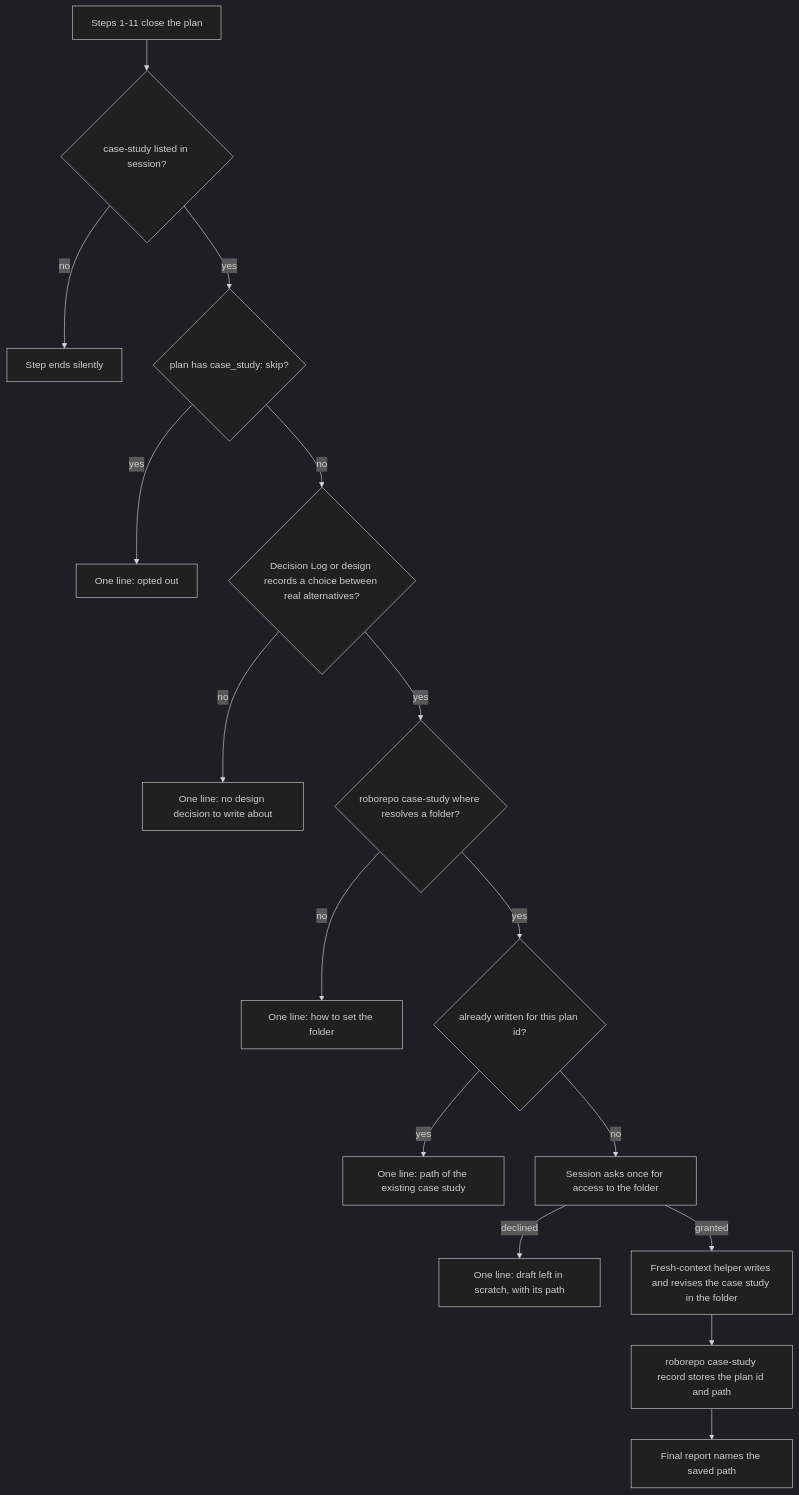
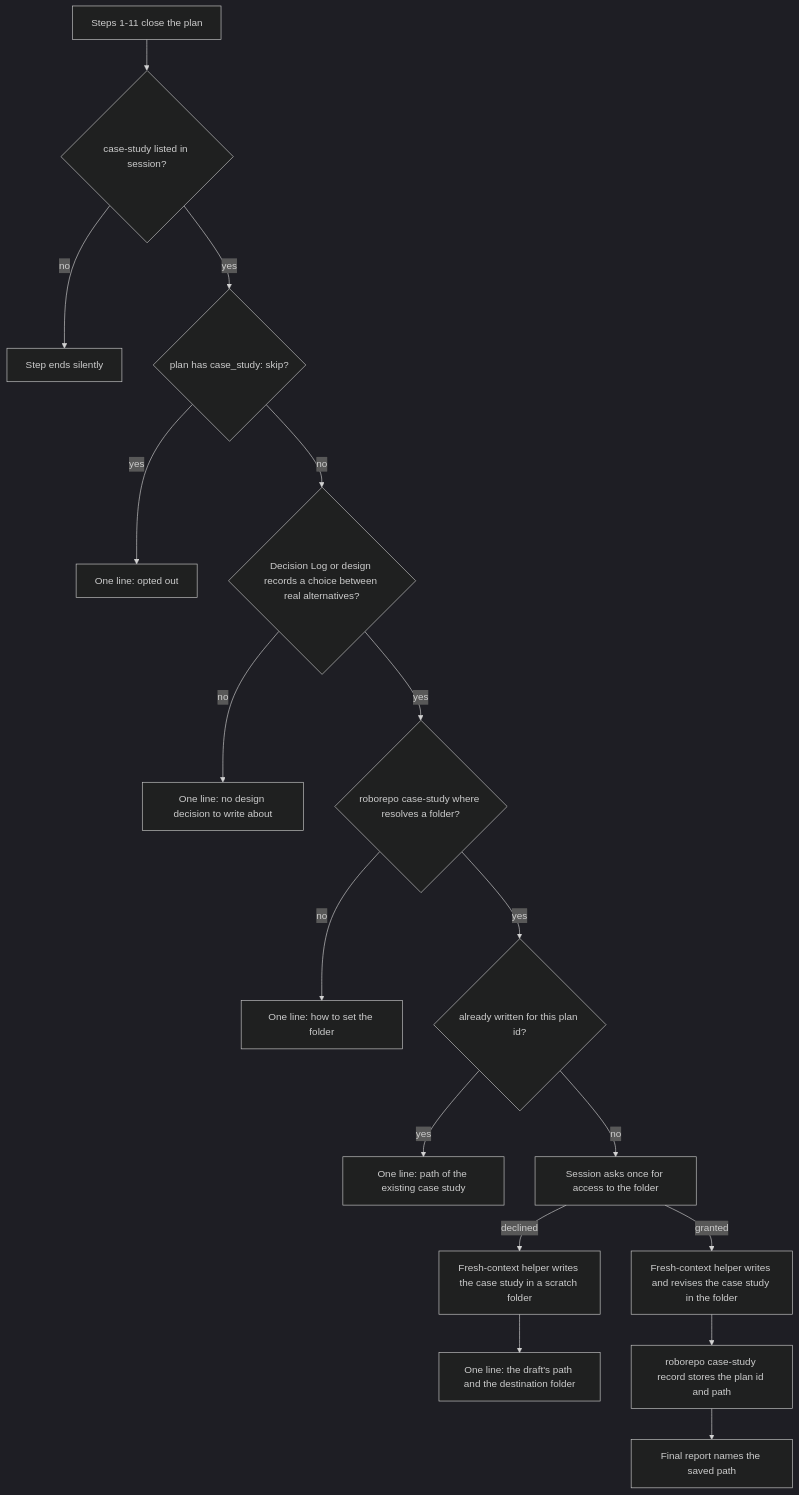
Before and after one commit to kirinmurphy/roborepo-alpha: the diagram in plans/backlog/plans-close-case-study.md, drawn with Mermaid (dark theme). The commit also changed other lines of this file, not shown here.

Commit message:
Update plan plans-close-case-study

````diff
--- a/plans/backlog/plans-close-case-study.md
+++ b/plans/backlog/plans-close-case-study.md
@@ -69,18 +69,19 @@
 ```mermaid
 flowchart TD
   A[Steps 1-11 close the plan] --> B{case-study listed in session?}
   B -- no --> Z[Step ends silently]
   B -- yes --> C{plan has case_study: skip?}
   C -- yes --> Y[One line: opted out]
   C -- no --> D{Decision Log or design records a choice between real alternatives?}
   D -- no --> X[One line: no design decision to write about]
   D -- yes --> E{roborepo case-study where resolves a folder?}
   E -- no --> W[One line: how to set the folder]
   E -- yes --> F{already written for this plan id?}
   F -- yes --> V[One line: path of the existing case study]
   F -- no --> P[Session asks once for access to the folder]
-  P -- declined --> U[One line: draft left in scratch, with its path]
+  P -- declined --> S[Fresh-context helper writes the case study in a scratch folder]
+  S --> U[One line: the draft's path and the destination folder]
   P -- granted --> G[Fresh-context helper writes and revises the case study in the folder]
   G --> H[roborepo case-study record stores the plan id and path]
   H --> I[Final report names the saved path]
 ```
````
